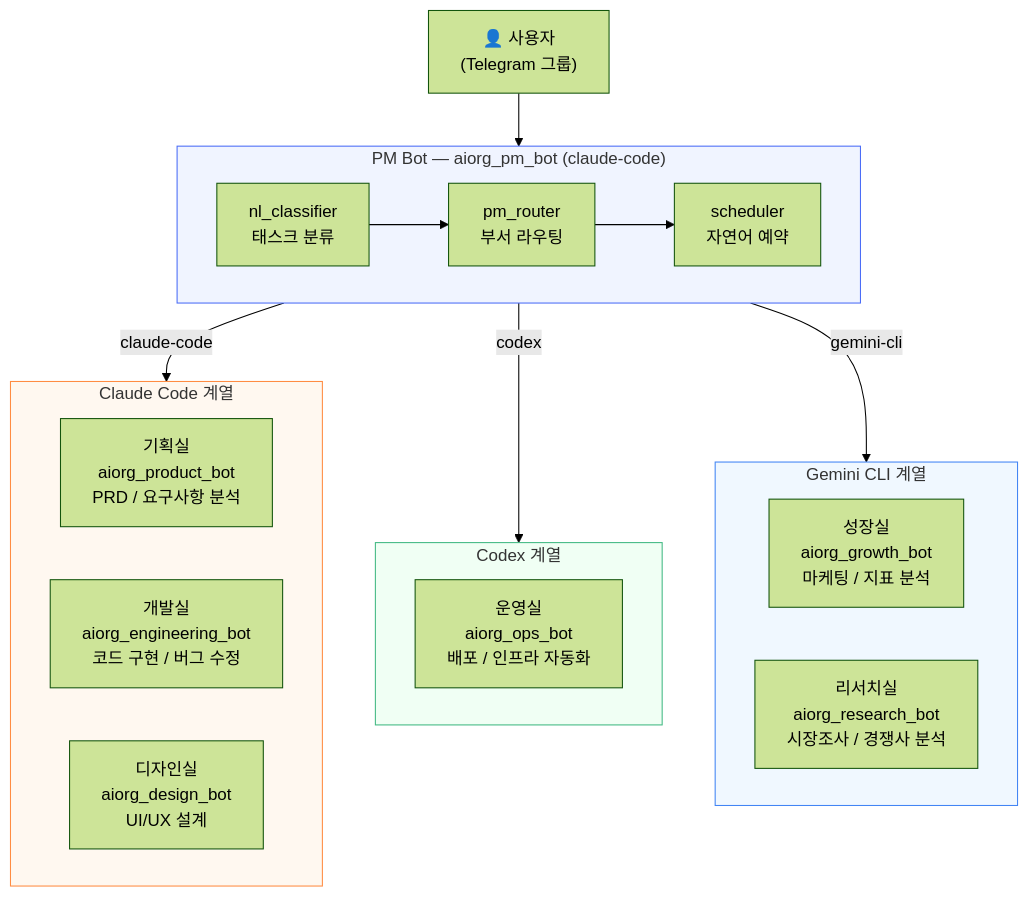
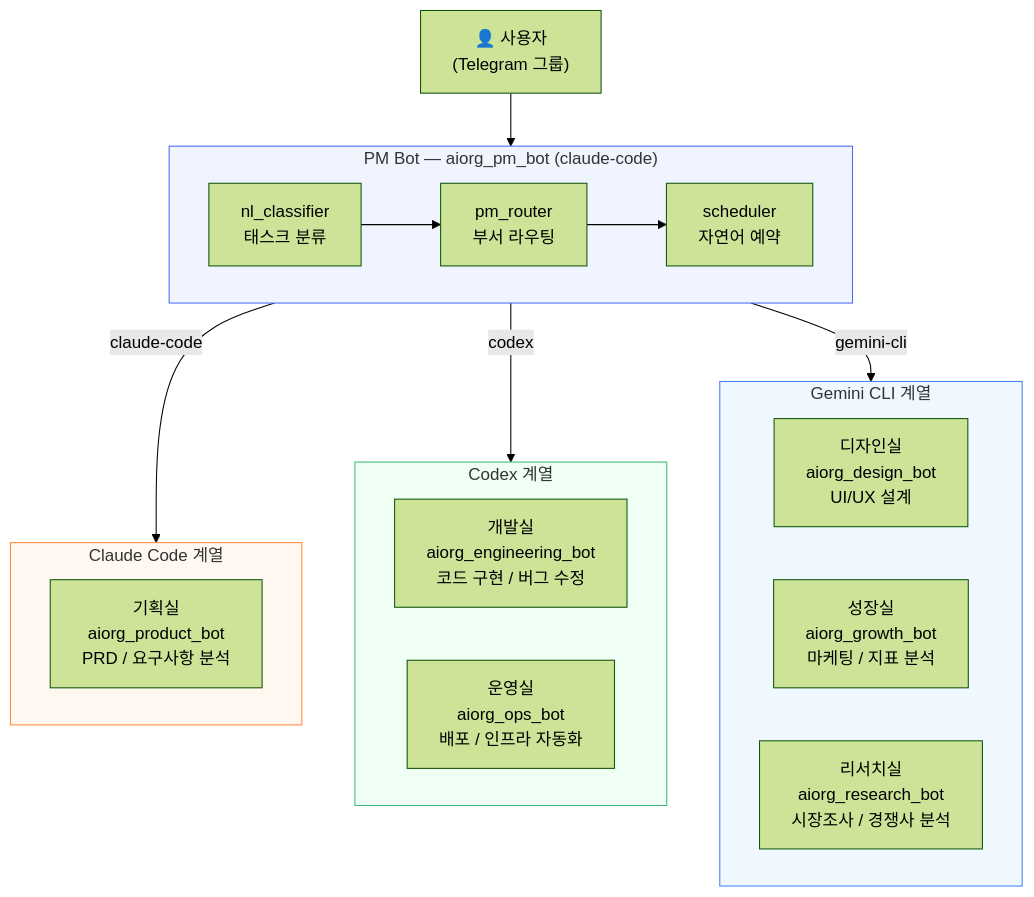
The diagram in README.md (dragon1086/telegram-ai-org), drawn with Mermaid (forest theme) before and after one commit. The commit also changed other lines of this file, not shown here.

First line of the commit message:
docs(readme): 엔진 배정 현행화 — 개발실(codex), 디자인실(gemini-cli) 반영

````diff
--- a/README.md
+++ b/README.md
@@ -101,34 +101,34 @@
 ```mermaid
 graph TD
     User["👤 사용자<br/>(Telegram 그룹)"] --> PM
 
     subgraph PM["PM Bot — aiorg_pm_bot (claude-code)"]
         direction LR
         Classifier["nl_classifier<br/>태스크 분류"] --> Router["pm_router<br/>부서 라우팅"]
         Router --> Scheduler["scheduler<br/>자연어 예약"]
     end
 
     PM -->|"claude-code"| ClaudeGroup
     PM -->|"codex"| CodexGroup
     PM -->|"gemini-cli"| GeminiGroup
 
     subgraph ClaudeGroup["Claude Code 계열"]
         Product["기획실<br/>aiorg_product_bot<br/>PRD / 요구사항 분석"]
-        Engineering["개발실<br/>aiorg_engineering_bot<br/>코드 구현 / 버그 수정"]
-        Design["디자인실<br/>aiorg_design_bot<br/>UI/UX 설계"]
     end
 
     subgraph CodexGroup["Codex 계열"]
+        Engineering["개발실<br/>aiorg_engineering_bot<br/>코드 구현 / 버그 수정"]
         Ops["운영실<br/>aiorg_ops_bot<br/>배포 / 인프라 자동화"]
     end
 
     subgraph GeminiGroup["Gemini CLI 계열"]
+        Design["디자인실<br/>aiorg_design_bot<br/>UI/UX 설계"]
         Growth["성장실<br/>aiorg_growth_bot<br/>마케팅 / 지표 분석"]
         Research["리서치실<br/>aiorg_research_bot<br/>시장조사 / 경쟁사 분석"]
     end
 
     style PM fill:#f0f4ff,stroke:#4a6cf7
     style ClaudeGroup fill:#fff8f0,stroke:#ff8c42
     style CodexGroup fill:#f0fff4,stroke:#42b983
     style GeminiGroup fill:#f0f8ff,stroke:#4285f4
 ```
````
